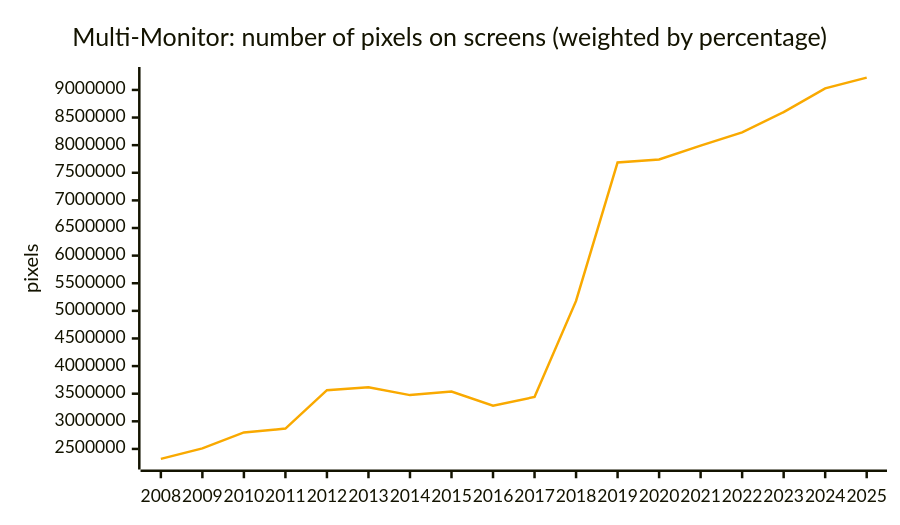
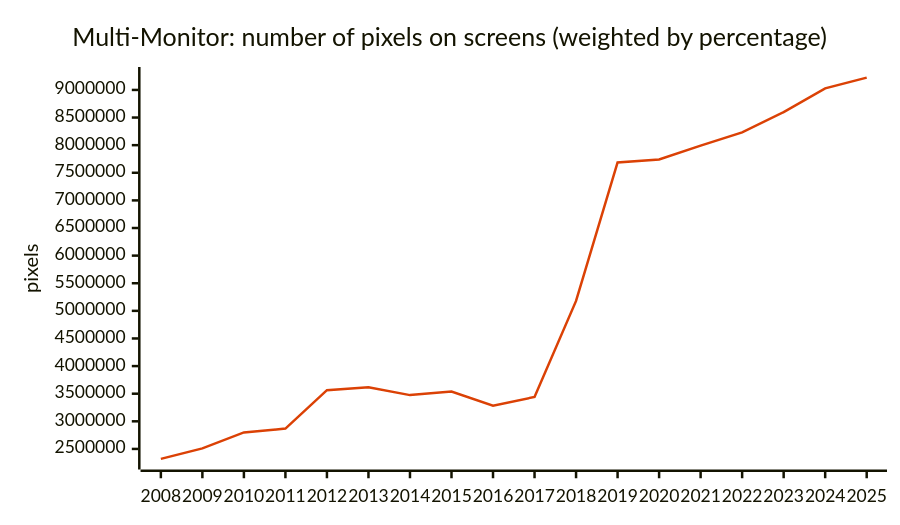
One commit to jdegene/steamHWsurvey changed diagram 13 of 13 in README.md. Above: the diagram before and after it, drawn with Mermaid. The commit also changed other lines of this file and 1 other file, not shown here.

Commit message:
fixed aspect graph

````diff
--- a/README.md
+++ b/README.md
@@ -402,19 +402,19 @@
 ```mermaid
 ---
 config:
     xyChart:
         width: 700
         height: 400
         
     themeVariables:
         xyChart:
-            plotColorPalette: "#f9a900"
+            plotColorPalette: "#DB4105"
 
 --- 
 
 xychart-beta
     title "Multi-Monitor: number of pixels on screens (weighted by percentage)"
     x-axis [2008, 2009, 2010, 2011, 2012, 2013, 2014, 2015, 2016, 2017, 2018, 2019, 2020, 2021, 2022, 2023, 2024, 2025]
     y-axis "pixels" 
     line [2319909.5456, 2509416.3005333333, 2798777.9104, 2867947.6621714286, 3563643.0461, 3616471.1752, 3474378.030618182, 3537545.9458333333, 3281757.5182666667, 3441108.7957666665, 5179962.898033333, 7688149.9864, 7739759.53, 7992133.524266667, 8231354.020799999, 8598812.918666666, 9028144.557333333, 9222842.2144]
 ``` 
````
